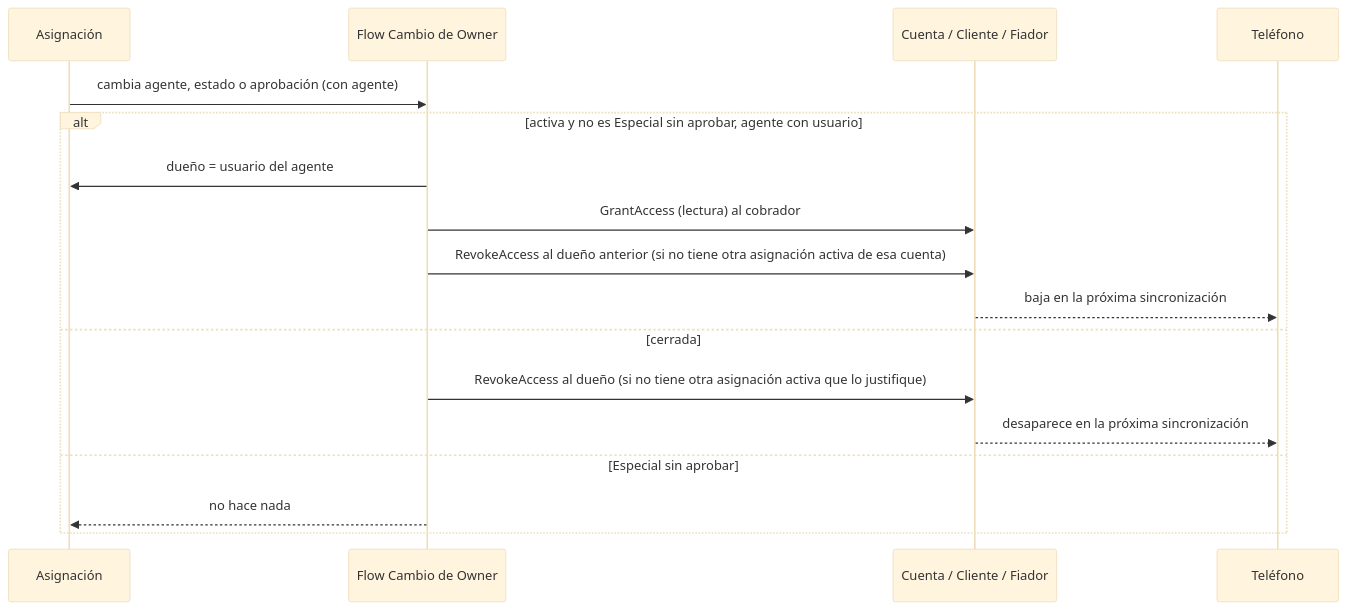
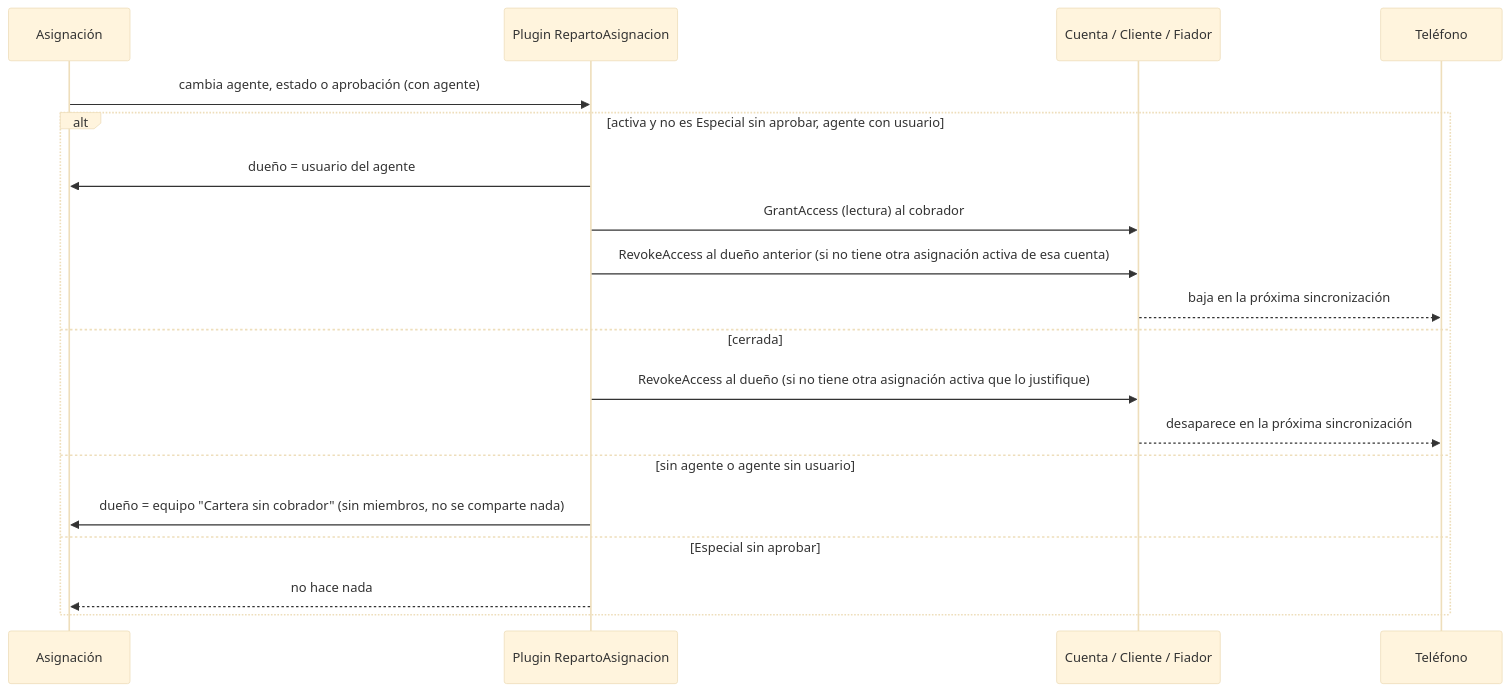
Before and after one commit to breaking-bytes-dev/cobranza-movil: the fifth of 9 diagrams in docs/auditoria/ciclo-de-vida-de-los-datos.md, drawn with Mermaid (base theme). The commit also changed other lines of this file and 14 other files, not shown here.

````diff
--- a/docs/auditoria/ciclo-de-vida-de-los-datos.md
+++ b/docs/auditoria/ciclo-de-vida-de-los-datos.md
@@ -185,19 +207,21 @@
 ```mermaid
 sequenceDiagram
     participant A as Asignación
-    participant F as Flow Cambio de Owner
+    participant F as Plugin RepartoAsignacion
     participant C as Cuenta / Cliente / Fiador
     participant T as Teléfono
     A->>F: cambia agente, estado o aprobación (con agente)
     alt activa y no es Especial sin aprobar, agente con usuario
         F->>A: dueño = usuario del agente
         F->>C: GrantAccess (lectura) al cobrador
         F->>C: RevokeAccess al dueño anterior (si no tiene otra asignación activa de esa cuenta)
         C-->>T: baja en la próxima sincronización
     else cerrada
         F->>C: RevokeAccess al dueño (si no tiene otra asignación activa que lo justifique)
         C-->>T: desaparece en la próxima sincronización
+    else sin agente o agente sin usuario
+        F->>A: dueño = equipo "Cartera sin cobrador" (sin miembros, no se comparte nada)
     else Especial sin aprobar
         F-->>A: no hace nada
     end
 ```
````
